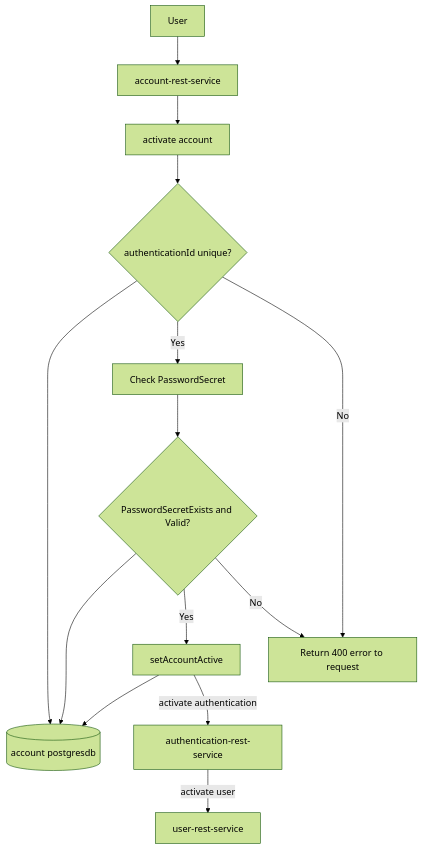
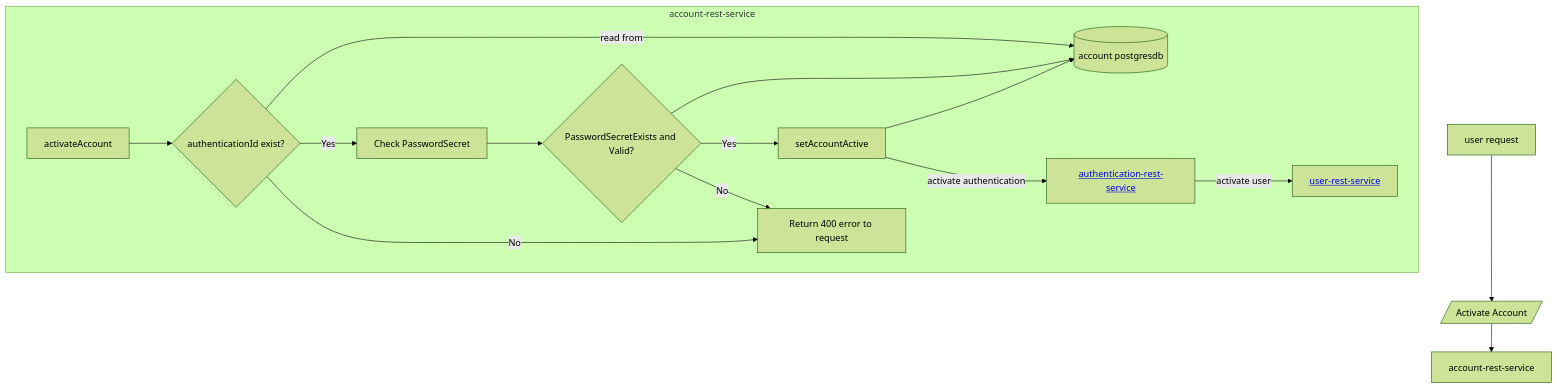
One commit to sonamsamdupkhangsar/account-rest-service changed the second of 8 diagrams in README.md. Above: the diagram before and after it, drawn with Mermaid (forest theme). The commit also changed other lines of this file, not shown here.

Commit message:
Feature/doc (#15)
* update readme

* update readme

* update readme

* update readme

* update readme

* update readme

* update readme

* update readme

* update readme

* update readme

* update readme

* update readme

* update readme

* update readme

* update readme

* update readme

* update readme

* update readme

* update readme

* update readme

* update readme

* update readme

* update readme

* update readme

* update readme

* update readme

* update readme

* update readme

* update readme

* update readme

* update readme

* update readme

* update readme

* update readme

* update readme

* update readme

* update readme

* update readme

* update readme

* update readme

* update readme

---------

````diff
--- a/README.md
+++ b/README.md
@@ -90,20 +90,18 @@
 ```mermaid
 flowchart TD
-  User --> account-rest-service
-  account-rest-service --> activateAccount["activate account"]  
-  activateAccount --> authenticationIdUnique{authenticationId unique?}
-  
-  authenticationIdUnique --> accountDb[(account postgresdb)]
-  
-  authenticationIdUnique --> |Yes| passwordSecretCheck[Check PasswordSecret]
-  authenticationIdUnique --> |No| ReturnError[Return 400 error to request]
-  
-  passwordSecretCheck --> passwordSecretValid{PasswordSecretExists and Valid?}
-  
+  User[user request] -->Activate[/Activate Account/]--> account-rest-service
+   
+  subgraph account-rest-service    
+  activateAccount --> authenticationIdExists{authenticationId exist?}  
+  authenticationIdExists --"read from"--> accountDb[(account postgresdb)]  
+  authenticationIdExists --> |Yes| passwordSecretCheck[Check PasswordSecret]
+  authenticationIdExists --> |No| ReturnError[Return 400 error to request]  
+  passwordSecretCheck --> passwordSecretValid{PasswordSecretExists and Valid?}  
   passwordSecretValid --> accountDb
   passwordSecretValid -->|Yes| setAccountActive   
   setAccountActive --> accountDb
-  setAccountActive --"activate authentication"--> activateAuthentication[authentication-rest-service] 
+  setAccountActive --"activate authentication"--> activateAuthentication[<a href='https://github.com/sonamsamdupkhangsar/authentication-rest-service'>authentication-rest-service</a>] 
   passwordSecretValid -->|No| ReturnError
-  activateAuthentication --"activate user"--> activateUser["user-rest-service"] 
+  activateAuthentication --"activate user"--> activateUser[<a href='https://github.com/sonamsamdupkhangsar/user-rest-service'>user-rest-service</a>]
+  end 
 ```  
````
